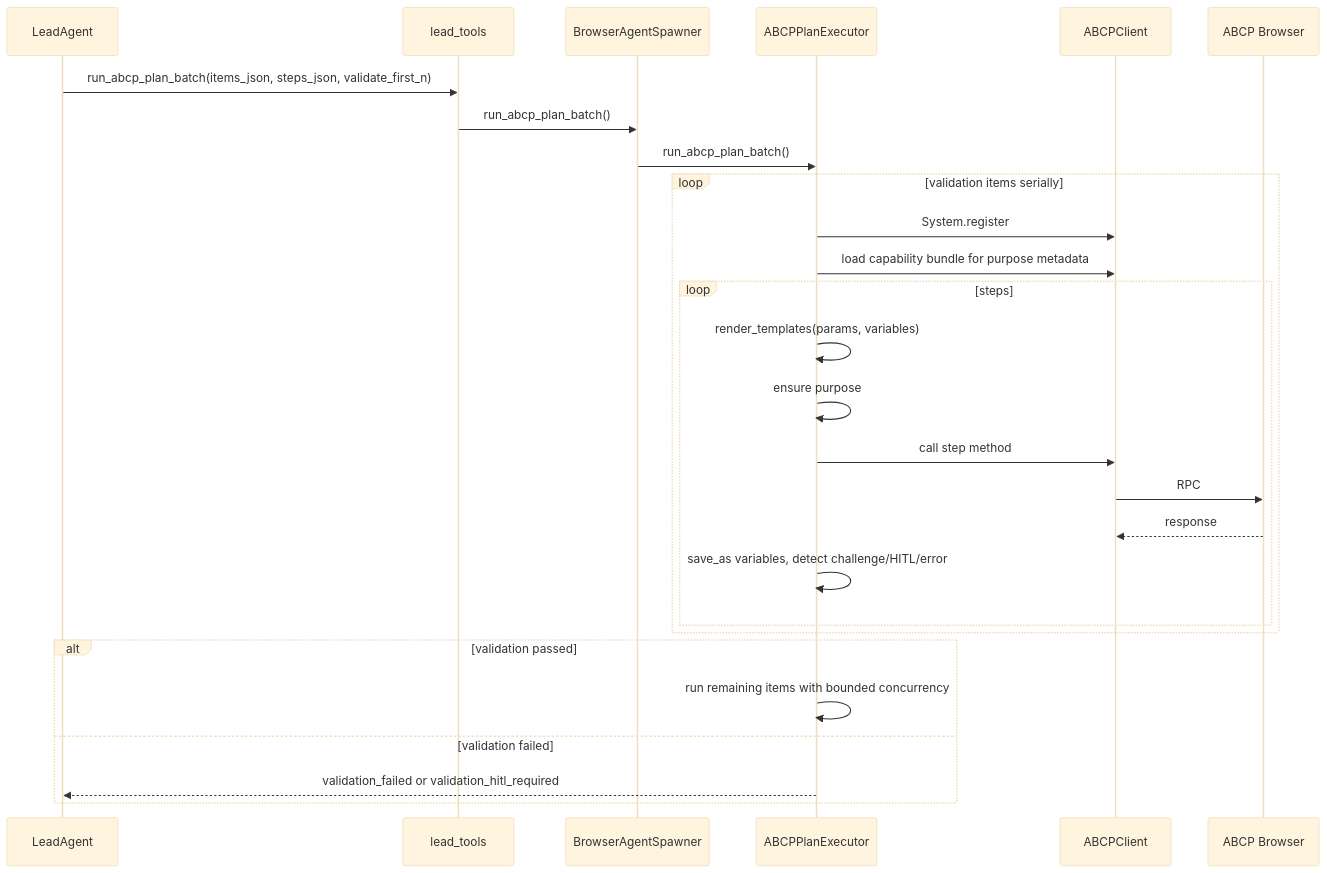
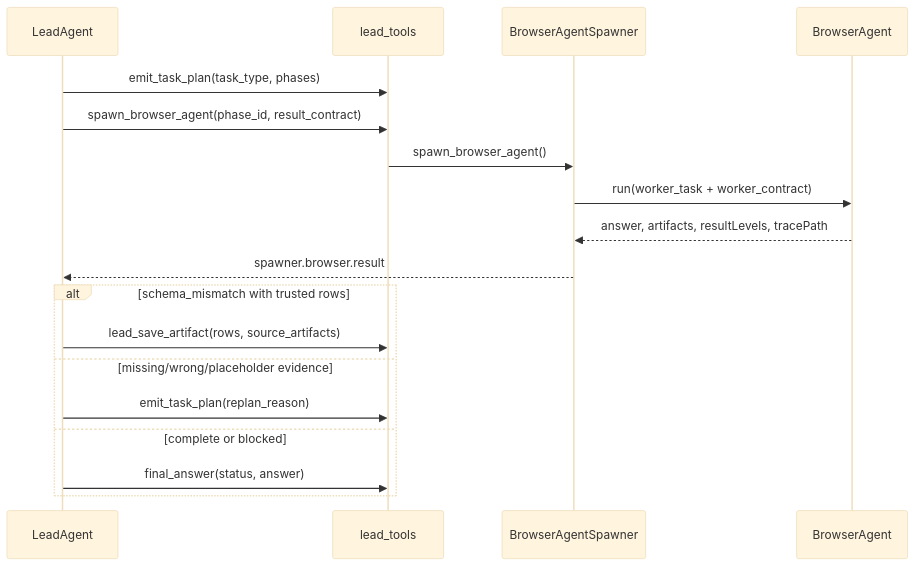
Before and after one commit to VersaceP/browser_agent: the eighth of 8 diagrams in docs/browser_agent_harness_architecture.md, drawn with Mermaid (base theme). The commit also changed other lines of this file and 134 other files, not shown here.

First line of the commit message:
feat(harness): harden browser task recovery and extraction flow

````diff
--- a/docs/browser_agent_harness_architecture.md
+++ b/docs/browser_agent_harness_architecture.md
@@ -288,30 +299,21 @@
 ```mermaid
 sequenceDiagram
     participant Lead as LeadAgent
     participant LT as lead_tools
     participant Sp as BrowserAgentSpawner
-    participant PE as ABCPPlanExecutor
-    participant Client as ABCPClient
-    participant ABCP as ABCP Browser
+    participant Worker as BrowserAgent
 
-    Lead->>LT: run_abcp_plan_batch(items_json, steps_json, validate_first_n)
-    LT->>Sp: run_abcp_plan_batch()
-    Sp->>PE: run_abcp_plan_batch()
-    loop validation items serially
-        PE->>Client: System.register
-        PE->>Client: load capability bundle for purpose metadata
-        loop steps
-            PE->>PE: render_templates(params, variables)
-            PE->>PE: ensure purpose
-            PE->>Client: call step method
-            Client->>ABCP: RPC
-            ABCP-->>Client: response
-            PE->>PE: save_as variables, detect challenge/HITL/error
-        end
-    end
-    alt validation passed
-        PE->>PE: run remaining items with bounded concurrency
-    else validation failed
-        PE-->>Lead: validation_failed or validation_hitl_required
+    Lead->>LT: emit_task_plan(task_type, phases)
+    Lead->>LT: spawn_browser_agent(phase_id, result_contract)
+    LT->>Sp: spawn_browser_agent()
+    Sp->>Worker: run(worker_task + worker_contract)
+    Worker-->>Sp: answer, artifacts, resultLevels, tracePath
+    Sp-->>Lead: spawner.browser.result
+    alt schema_mismatch with trusted rows
+        Lead->>LT: lead_save_artifact(rows, source_artifacts)
+    else missing/wrong/placeholder evidence
+        Lead->>LT: emit_task_plan(replan_reason)
+    else complete or blocked
+        Lead->>LT: final_answer(status, answer)
     end
 ```
````
